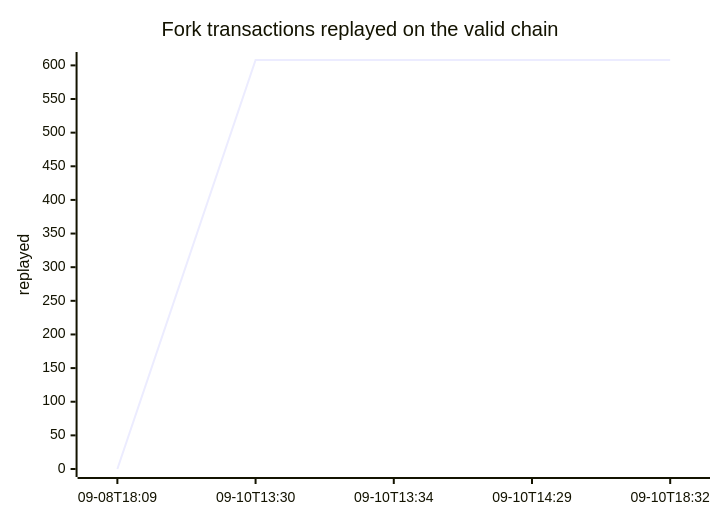
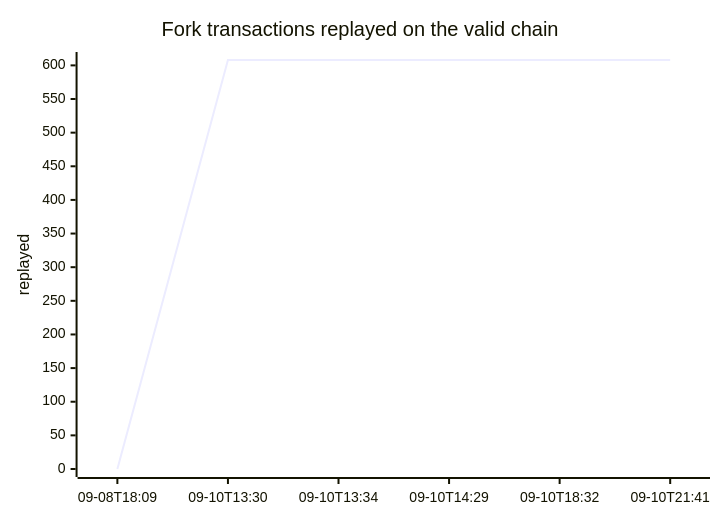
Before and after one commit to orangesurf/liquid-transaction-replay-monitor: the first of 2 diagrams in README.md, drawn with Mermaid. The commit also changed other lines of this file and 2 other files, not shown here.

````diff
--- a/README.md
+++ b/README.md
@@ -24,7 +24,7 @@
 ```mermaid
 xychart-beta
     title "Fork transactions replayed on the valid chain"
-    x-axis ["09-08T18:09", "09-10T13:30", "09-10T13:34", "09-10T14:29", "09-10T18:32"]
+    x-axis ["09-08T18:09", "09-10T13:30", "09-10T13:34", "09-10T14:29", "09-10T18:32", "09-10T21:41"]
     y-axis "replayed" 0 --> 608
-    line [0, 608, 608, 608, 608]
+    line [0, 608, 608, 608, 608, 608]
 ```
````
